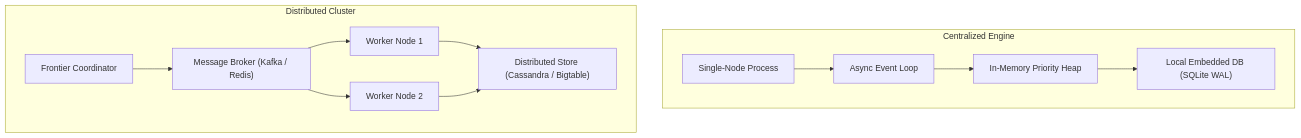
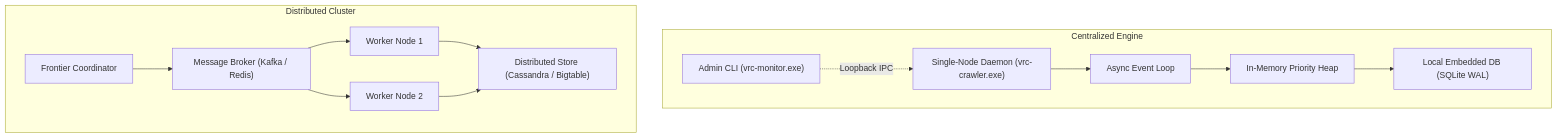
The first of 3 diagrams in docs/topics/01_crawler_architectures.md (SlamTheDragon/vrc-package-crawler), drawn with Mermaid before and after one commit. The commit also changed other lines of this file and 18 other files, not shown here.

````diff
--- a/docs/topics/01_crawler_architectures.md
+++ b/docs/topics/01_crawler_architectures.md
@@ -10,14 +10,15 @@
 ```mermaid
 flowchart TD
     subgraph Centralized Engine
-        C1["Single-Node Process"] --> C2["Async Event Loop"]
+        C1["Single-Node Daemon (vrc-crawler.exe)"] --> C2["Async Event Loop"]
         C2 --> C3["In-Memory Priority Heap"]
         C3 --> C4["Local Embedded DB (SQLite WAL)"]
+        C5["Admin CLI (vrc-monitor.exe)"] -.->|Loopback IPC| C1
     end
     subgraph Distributed Cluster
         D1["Frontier Coordinator"] --> D2["Message Broker (Kafka / Redis)"]
         D2 --> D3["Worker Node 1"]
         D2 --> D4["Worker Node 2"]
         D3 & D4 --> D5["Distributed Store (Cassandra / Bigtable)"]
     end
 ```
````
